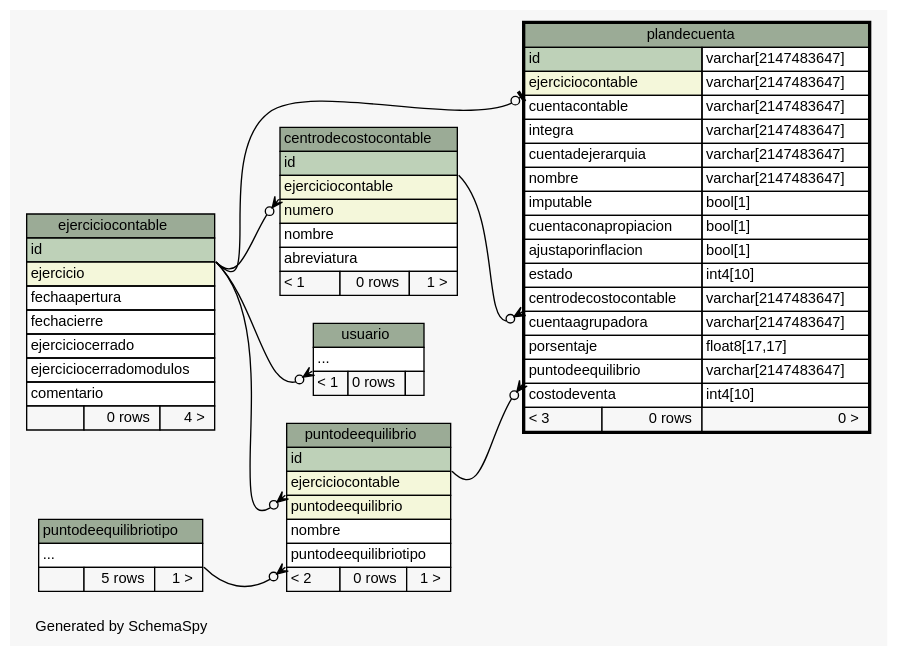
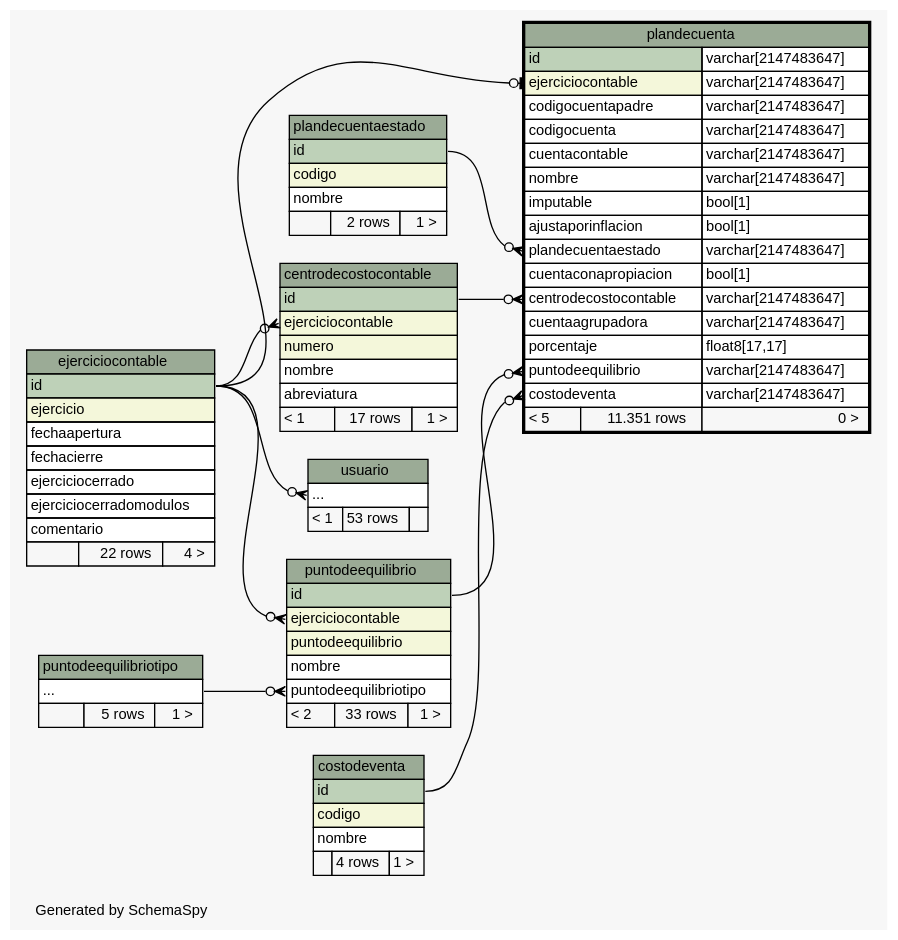
Before and after one commit to sebaalvarez/massoftware: the diagram in sql/postgresql/schemaSpy/salida/diagrams/plandecuenta.2degrees.dot, drawn with Graphviz. The commit also changed 651 other files, not shown here.

```diff
--- a/sql/postgresql/schemaSpy/salida/diagrams/plandecuenta.2degrees.dot
+++ b/sql/postgresql/schemaSpy/salida/diagrams/plandecuenta.2degrees.dot
@@ -1,117 +1,143 @@
-// dot 2.2.1 on Windows 10 10.0
+// dot 2.38.0 on Windows 10 10.0
 // SchemaSpy rev 590
 digraph "twoDegreesRelationshipsDiagram" {
   graph [
     rankdir="RL"
     bgcolor="#f7f7f7"
     label="\nGenerated by SchemaSpy"
     labeljust="l"
     nodesep="0.18"
     ranksep="0.46"
     fontname="Helvetica"
     fontsize="11"
   ];
   node [
     fontname="Helvetica"
     fontsize="11"
     shape="plaintext"
   ];
   edge [
     arrowsize="0.8"
   ];
-  "centrodecostocontable":"ejerciciocontable":sw -> "ejerciciocontable":"id":se [arrowhead=none dir=back arrowtail=crowodot];
-  "plandecuenta":"centrodecostocontable":sw -> "centrodecostocontable":"id":se [arrowhead=none dir=back arrowtail=crowodot];
-  "plandecuenta":"ejerciciocontable":sw -> "ejerciciocontable":"id":se [arrowhead=none dir=back arrowtail=teeodot];
-  "plandecuenta":"puntodeequilibrio":sw -> "puntodeequilibrio":"id":se [arrowhead=none dir=back arrowtail=crowodot];
-  "puntodeequilibrio":"ejerciciocontable":sw -> "ejerciciocontable":"id":se [arrowhead=none dir=back arrowtail=crowodot];
-  "puntodeequilibrio":"puntodeequilibriotipo":sw -> "puntodeequilibriotipo":"elipses":se [arrowhead=none dir=back arrowtail=crowodot];
-  "usuario":"elipses":sw -> "ejerciciocontable":"id":se [arrowhead=none dir=back arrowtail=crowodot];
+  "centrodecostocontable":"ejerciciocontable":w -> "ejerciciocontable":"id":e [arrowhead=none dir=back arrowtail=crowodot];
+  "plandecuenta":"centrodecostocontable":w -> "centrodecostocontable":"id":e [arrowhead=none dir=back arrowtail=crowodot];
+  "plandecuenta":"costodeventa":w -> "costodeventa":"id":e [arrowhead=none dir=back arrowtail=crowodot];
+  "plandecuenta":"ejerciciocontable":w -> "ejerciciocontable":"id":e [arrowhead=none dir=back arrowtail=teeodot];
+  "plandecuenta":"plandecuentaestado":w -> "plandecuentaestado":"id":e [arrowhead=none dir=back arrowtail=crowodot];
+  "plandecuenta":"puntodeequilibrio":w -> "puntodeequilibrio":"id":e [arrowhead=none dir=back arrowtail=crowodot];
+  "puntodeequilibrio":"ejerciciocontable":w -> "ejerciciocontable":"id":e [arrowhead=none dir=back arrowtail=crowodot];
+  "puntodeequilibrio":"puntodeequilibriotipo":w -> "puntodeequilibriotipo":"elipses":e [arrowhead=none dir=back arrowtail=crowodot];
+  "usuario":"elipses":w -> "ejerciciocontable":"id":e [arrowhead=none dir=back arrowtail=crowodot];
   "centrodecostocontable" [
     label=<
     <TABLE BORDER="0" CELLBORDER="1" CELLSPACING="0" BGCOLOR="#ffffff">
       <TR><TD COLSPAN="3" BGCOLOR="#9bab96" ALIGN="CENTER">centrodecostocontable</TD></TR>
       <TR><TD PORT="id" COLSPAN="3" BGCOLOR="#bed1b8" ALIGN="LEFT">id</TD></TR>
       <TR><TD PORT="ejerciciocontable" COLSPAN="3" BGCOLOR="#f4f7da" ALIGN="LEFT">ejerciciocontable</TD></TR>
       <TR><TD PORT="numero" COLSPAN="3" BGCOLOR="#f4f7da" ALIGN="LEFT">numero</TD></TR>
       <TR><TD PORT="nombre" COLSPAN="3" ALIGN="LEFT">nombre</TD></TR>
       <TR><TD PORT="abreviatura" COLSPAN="3" ALIGN="LEFT">abreviatura</TD></TR>
-      <TR><TD ALIGN="LEFT" BGCOLOR="#f7f7f7">&lt; 1</TD><TD ALIGN="RIGHT" BGCOLOR="#f7f7f7">0 rows</TD><TD ALIGN="RIGHT" BGCOLOR="#f7f7f7">1 &gt;</TD></TR>
+      <TR><TD ALIGN="LEFT" BGCOLOR="#f7f7f7">&lt; 1</TD><TD ALIGN="RIGHT" BGCOLOR="#f7f7f7">17 rows</TD><TD ALIGN="RIGHT" BGCOLOR="#f7f7f7">1 &gt;</TD></TR>
     </TABLE>>
     URL="centrodecostocontable.html"
     tooltip="centrodecostocontable"
+  ];
+  "costodeventa" [
+    label=<
+    <TABLE BORDER="0" CELLBORDER="1" CELLSPACING="0" BGCOLOR="#ffffff">
+      <TR><TD COLSPAN="3" BGCOLOR="#9bab96" ALIGN="CENTER">costodeventa</TD></TR>
+      <TR><TD PORT="id" COLSPAN="3" BGCOLOR="#bed1b8" ALIGN="LEFT">id</TD></TR>
+      <TR><TD PORT="codigo" COLSPAN="3" BGCOLOR="#f4f7da" ALIGN="LEFT">codigo</TD></TR>
+      <TR><TD PORT="nombre" COLSPAN="3" ALIGN="LEFT">nombre</TD></TR>
+      <TR><TD ALIGN="LEFT" BGCOLOR="#f7f7f7">  </TD><TD ALIGN="RIGHT" BGCOLOR="#f7f7f7">4 rows</TD><TD ALIGN="RIGHT" BGCOLOR="#f7f7f7">1 &gt;</TD></TR>
+    </TABLE>>
+    URL="costodeventa.html"
+    tooltip="costodeventa"
   ];
   "ejerciciocontable" [
     label=<
     <TABLE BORDER="0" CELLBORDER="1" CELLSPACING="0" BGCOLOR="#ffffff">
       <TR><TD COLSPAN="3" BGCOLOR="#9bab96" ALIGN="CENTER">ejerciciocontable</TD></TR>
       <TR><TD PORT="id" COLSPAN="3" BGCOLOR="#bed1b8" ALIGN="LEFT">id</TD></TR>
       <TR><TD PORT="ejercicio" COLSPAN="3" BGCOLOR="#f4f7da" ALIGN="LEFT">ejercicio</TD></TR>
       <TR><TD PORT="fechaapertura" COLSPAN="3" ALIGN="LEFT">fechaapertura</TD></TR>
       <TR><TD PORT="fechacierre" COLSPAN="3" ALIGN="LEFT">fechacierre</TD></TR>
       <TR><TD PORT="ejerciciocerrado" COLSPAN="3" ALIGN="LEFT">ejerciciocerrado</TD></TR>
       <TR><TD PORT="ejerciciocerradomodulos" COLSPAN="3" ALIGN="LEFT">ejerciciocerradomodulos</TD></TR>
       <TR><TD PORT="comentario" COLSPAN="3" ALIGN="LEFT">comentario</TD></TR>
-      <TR><TD ALIGN="LEFT" BGCOLOR="#f7f7f7">  </TD><TD ALIGN="RIGHT" BGCOLOR="#f7f7f7">0 rows</TD><TD ALIGN="RIGHT" BGCOLOR="#f7f7f7">4 &gt;</TD></TR>
+      <TR><TD ALIGN="LEFT" BGCOLOR="#f7f7f7">  </TD><TD ALIGN="RIGHT" BGCOLOR="#f7f7f7">22 rows</TD><TD ALIGN="RIGHT" BGCOLOR="#f7f7f7">4 &gt;</TD></TR>
     </TABLE>>
     URL="ejerciciocontable.html"
     tooltip="ejerciciocontable"
   ];
   "plandecuenta" [
     label=<
     <TABLE BORDER="2" CELLBORDER="1" CELLSPACING="0" BGCOLOR="#ffffff">
       <TR><TD COLSPAN="3" BGCOLOR="#9bab96" ALIGN="CENTER">plandecuenta</TD></TR>
       <TR><TD PORT="id" COLSPAN="2" BGCOLOR="#bed1b8" ALIGN="LEFT">id</TD><TD PORT="id.type" ALIGN="LEFT">varchar[2147483647]</TD></TR>
       <TR><TD PORT="ejerciciocontable" COLSPAN="2" BGCOLOR="#f4f7da" ALIGN="LEFT">ejerciciocontable</TD><TD PORT="ejerciciocontable.type" ALIGN="LEFT">varchar[2147483647]</TD></TR>
+      <TR><TD PORT="codigocuentapadre" COLSPAN="2" ALIGN="LEFT">codigocuentapadre</TD><TD PORT="codigocuentapadre.type" ALIGN="LEFT">varchar[2147483647]</TD></TR>
+      <TR><TD PORT="codigocuenta" COLSPAN="2" ALIGN="LEFT">codigocuenta</TD><TD PORT="codigocuenta.type" ALIGN="LEFT">varchar[2147483647]</TD></TR>
       <TR><TD PORT="cuentacontable" COLSPAN="2" ALIGN="LEFT">cuentacontable</TD><TD PORT="cuentacontable.type" ALIGN="LEFT">varchar[2147483647]</TD></TR>
-      <TR><TD PORT="integra" COLSPAN="2" ALIGN="LEFT">integra</TD><TD PORT="integra.type" ALIGN="LEFT">varchar[2147483647]</TD></TR>
-      <TR><TD PORT="cuentadejerarquia" COLSPAN="2" ALIGN="LEFT">cuentadejerarquia</TD><TD PORT="cuentadejerarquia.type" ALIGN="LEFT">varchar[2147483647]</TD></TR>
       <TR><TD PORT="nombre" COLSPAN="2" ALIGN="LEFT">nombre</TD><TD PORT="nombre.type" ALIGN="LEFT">varchar[2147483647]</TD></TR>
       <TR><TD PORT="imputable" COLSPAN="2" ALIGN="LEFT">imputable</TD><TD PORT="imputable.type" ALIGN="LEFT">bool[1]</TD></TR>
+      <TR><TD PORT="ajustaporinflacion" COLSPAN="2" ALIGN="LEFT">ajustaporinflacion</TD><TD PORT="ajustaporinflacion.type" ALIGN="LEFT">bool[1]</TD></TR>
+      <TR><TD PORT="plandecuentaestado" COLSPAN="2" ALIGN="LEFT">plandecuentaestado</TD><TD PORT="plandecuentaestado.type" ALIGN="LEFT">varchar[2147483647]</TD></TR>
       <TR><TD PORT="cuentaconapropiacion" COLSPAN="2" ALIGN="LEFT">cuentaconapropiacion</TD><TD PORT="cuentaconapropiacion.type" ALIGN="LEFT">bool[1]</TD></TR>
-      <TR><TD PORT="ajustaporinflacion" COLSPAN="2" ALIGN="LEFT">ajustaporinflacion</TD><TD PORT="ajustaporinflacion.type" ALIGN="LEFT">bool[1]</TD></TR>
-      <TR><TD PORT="estado" COLSPAN="2" ALIGN="LEFT">estado</TD><TD PORT="estado.type" ALIGN="LEFT">int4[10]</TD></TR>
       <TR><TD PORT="centrodecostocontable" COLSPAN="2" ALIGN="LEFT">centrodecostocontable</TD><TD PORT="centrodecostocontable.type" ALIGN="LEFT">varchar[2147483647]</TD></TR>
       <TR><TD PORT="cuentaagrupadora" COLSPAN="2" ALIGN="LEFT">cuentaagrupadora</TD><TD PORT="cuentaagrupadora.type" ALIGN="LEFT">varchar[2147483647]</TD></TR>
-      <TR><TD PORT="porsentaje" COLSPAN="2" ALIGN="LEFT">porsentaje</TD><TD PORT="porsentaje.type" ALIGN="LEFT">float8[17,17]</TD></TR>
+      <TR><TD PORT="porcentaje" COLSPAN="2" ALIGN="LEFT">porcentaje</TD><TD PORT="porcentaje.type" ALIGN="LEFT">float8[17,17]</TD></TR>
       <TR><TD PORT="puntodeequilibrio" COLSPAN="2" ALIGN="LEFT">puntodeequilibrio</TD><TD PORT="puntodeequilibrio.type" ALIGN="LEFT">varchar[2147483647]</TD></TR>
-      <TR><TD PORT="costodeventa" COLSPAN="2" ALIGN="LEFT">costodeventa</TD><TD PORT="costodeventa.type" ALIGN="LEFT">int4[10]</TD></TR>
-      <TR><TD ALIGN="LEFT" BGCOLOR="#f7f7f7">&lt; 3</TD><TD ALIGN="RIGHT" BGCOLOR="#f7f7f7">0 rows</TD><TD ALIGN="RIGHT" BGCOLOR="#f7f7f7">0 &gt;</TD></TR>
+      <TR><TD PORT="costodeventa" COLSPAN="2" ALIGN="LEFT">costodeventa</TD><TD PORT="costodeventa.type" ALIGN="LEFT">varchar[2147483647]</TD></TR>
+      <TR><TD ALIGN="LEFT" BGCOLOR="#f7f7f7">&lt; 5</TD><TD ALIGN="RIGHT" BGCOLOR="#f7f7f7">11.351 rows</TD><TD ALIGN="RIGHT" BGCOLOR="#f7f7f7">0 &gt;</TD></TR>
     </TABLE>>
     URL="plandecuenta.html"
     tooltip="plandecuenta"
+  ];
+  "plandecuentaestado" [
+    label=<
+    <TABLE BORDER="0" CELLBORDER="1" CELLSPACING="0" BGCOLOR="#ffffff">
+      <TR><TD COLSPAN="3" BGCOLOR="#9bab96" ALIGN="CENTER">plandecuentaestado</TD></TR>
+      <TR><TD PORT="id" COLSPAN="3" BGCOLOR="#bed1b8" ALIGN="LEFT">id</TD></TR>
+      <TR><TD PORT="codigo" COLSPAN="3" BGCOLOR="#f4f7da" ALIGN="LEFT">codigo</TD></TR>
+      <TR><TD PORT="nombre" COLSPAN="3" ALIGN="LEFT">nombre</TD></TR>
+      <TR><TD ALIGN="LEFT" BGCOLOR="#f7f7f7">  </TD><TD ALIGN="RIGHT" BGCOLOR="#f7f7f7">2 rows</TD><TD ALIGN="RIGHT" BGCOLOR="#f7f7f7">1 &gt;</TD></TR>
+    </TABLE>>
+    URL="plandecuentaestado.html"
+    tooltip="plandecuentaestado"
   ];
   "puntodeequilibrio" [
     label=<
     <TABLE BORDER="0" CELLBORDER="1" CELLSPACING="0" BGCOLOR="#ffffff">
       <TR><TD COLSPAN="3" BGCOLOR="#9bab96" ALIGN="CENTER">puntodeequilibrio</TD></TR>
       <TR><TD PORT="id" COLSPAN="3" BGCOLOR="#bed1b8" ALIGN="LEFT">id</TD></TR>
       <TR><TD PORT="ejerciciocontable" COLSPAN="3" BGCOLOR="#f4f7da" ALIGN="LEFT">ejerciciocontable</TD></TR>
       <TR><TD PORT="puntodeequilibrio" COLSPAN="3" BGCOLOR="#f4f7da" ALIGN="LEFT">puntodeequilibrio</TD></TR>
       <TR><TD PORT="nombre" COLSPAN="3" ALIGN="LEFT">nombre</TD></TR>
       <TR><TD PORT="puntodeequilibriotipo" COLSPAN="3" ALIGN="LEFT">puntodeequilibriotipo</TD></TR>
-      <TR><TD ALIGN="LEFT" BGCOLOR="#f7f7f7">&lt; 2</TD><TD ALIGN="RIGHT" BGCOLOR="#f7f7f7">0 rows</TD><TD ALIGN="RIGHT" BGCOLOR="#f7f7f7">1 &gt;</TD></TR>
+      <TR><TD ALIGN="LEFT" BGCOLOR="#f7f7f7">&lt; 2</TD><TD ALIGN="RIGHT" BGCOLOR="#f7f7f7">33 rows</TD><TD ALIGN="RIGHT" BGCOLOR="#f7f7f7">1 &gt;</TD></TR>
     </TABLE>>
     URL="puntodeequilibrio.html"
     tooltip="puntodeequilibrio"
   ];
   "puntodeequilibriotipo" [
     label=<
     <TABLE BORDER="0" CELLBORDER="1" CELLSPACING="0" BGCOLOR="#ffffff">
       <TR><TD COLSPAN="3" BGCOLOR="#9bab96" ALIGN="CENTER">puntodeequilibriotipo</TD></TR>
       <TR><TD PORT="elipses" COLSPAN="3" ALIGN="LEFT">...</TD></TR>
       <TR><TD ALIGN="LEFT" BGCOLOR="#f7f7f7">  </TD><TD ALIGN="RIGHT" BGCOLOR="#f7f7f7">5 rows</TD><TD ALIGN="RIGHT" BGCOLOR="#f7f7f7">1 &gt;</TD></TR>
     </TABLE>>
     URL="puntodeequilibriotipo.html"
     tooltip="puntodeequilibriotipo"
   ];
   "usuario" [
     label=<
     <TABLE BORDER="0" CELLBORDER="1" CELLSPACING="0" BGCOLOR="#ffffff">
       <TR><TD COLSPAN="3" BGCOLOR="#9bab96" ALIGN="CENTER">usuario</TD></TR>
       <TR><TD PORT="elipses" COLSPAN="3" ALIGN="LEFT">...</TD></TR>
-      <TR><TD ALIGN="LEFT" BGCOLOR="#f7f7f7">&lt; 1</TD><TD ALIGN="RIGHT" BGCOLOR="#f7f7f7">0 rows</TD><TD ALIGN="RIGHT" BGCOLOR="#f7f7f7">  </TD></TR>
+      <TR><TD ALIGN="LEFT" BGCOLOR="#f7f7f7">&lt; 1</TD><TD ALIGN="RIGHT" BGCOLOR="#f7f7f7">53 rows</TD><TD ALIGN="RIGHT" BGCOLOR="#f7f7f7">  </TD></TR>
     </TABLE>>
     URL="usuario.html"
     tooltip="usuario"
   ];
 }
```
